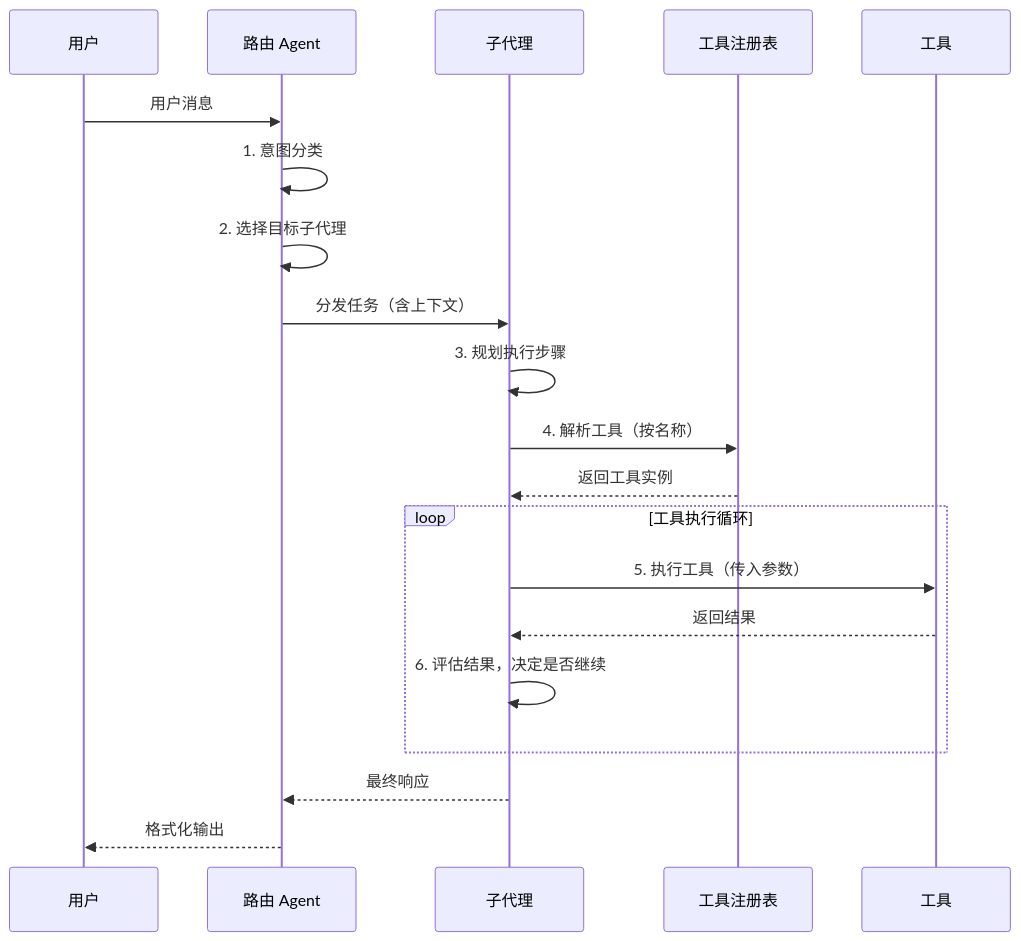
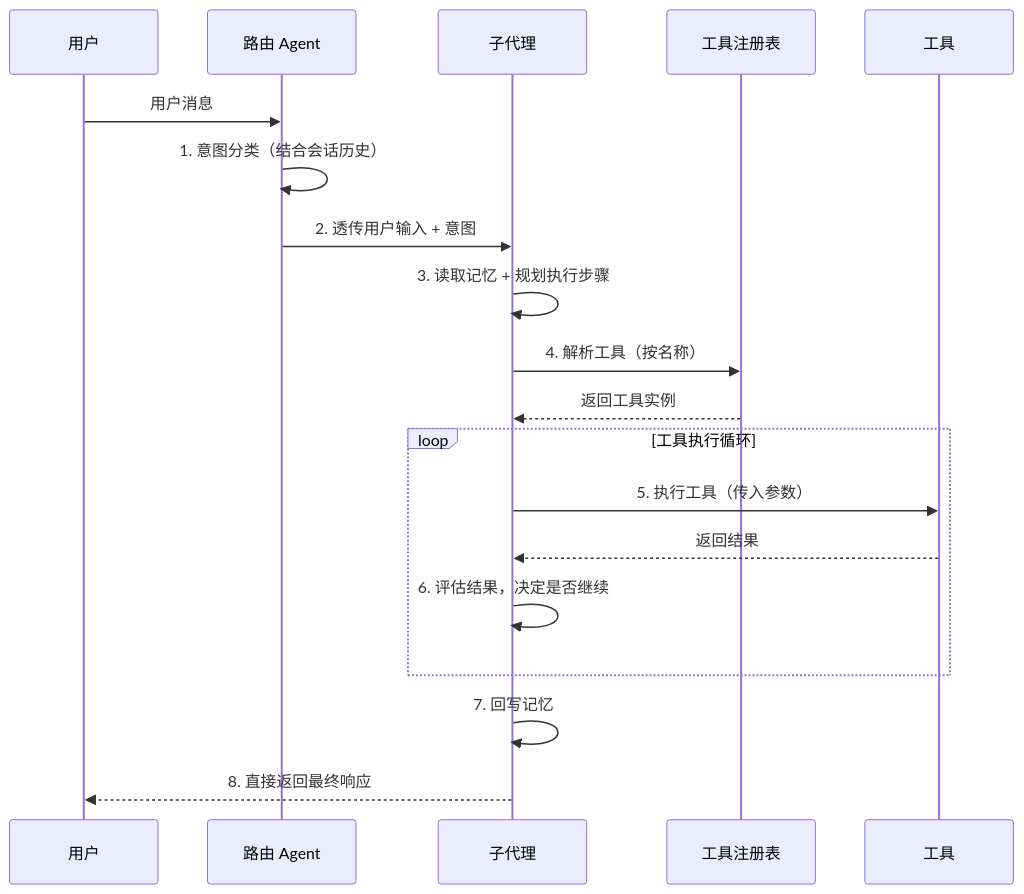
One commit to heelynn/artipivot changed the second of 20 diagrams in doc/DESIGN.md. Above: the diagram before and after it, drawn with Mermaid. The commit also changed other lines of this file, not shown here.

````diff
--- a/doc/DESIGN.md
+++ b/doc/DESIGN.md
@@ -142,26 +142,25 @@
 ```mermaid
 sequenceDiagram
     participant U as 用户
     participant R as 路由 Agent
     participant SA as 子代理
     participant TR as 工具注册表
     participant T as 工具
 
     U->>R: 用户消息
-    R->>R: 1. 意图分类
-    R->>R: 2. 选择目标子代理
-    R->>SA: 分发任务（含上下文）
+    R->>R: 1. 意图分类（结合会话历史）
+    R->>SA: 2. 透传用户输入 + 意图
 
-    SA->>SA: 3. 规划执行步骤
+    SA->>SA: 3. 读取记忆 + 规划执行步骤
     SA->>TR: 4. 解析工具（按名称）
     TR-->>SA: 返回工具实例
 
     loop 工具执行循环
         SA->>T: 5. 执行工具（传入参数）
         T-->>SA: 返回结果
         SA->>SA: 6. 评估结果，决定是否继续
     end
 
-    SA-->>R: 最终响应
-    R-->>U: 格式化输出
+    SA->>SA: 7. 回写记忆
+    SA-->>U: 8. 直接返回最终响应
 ```
````
